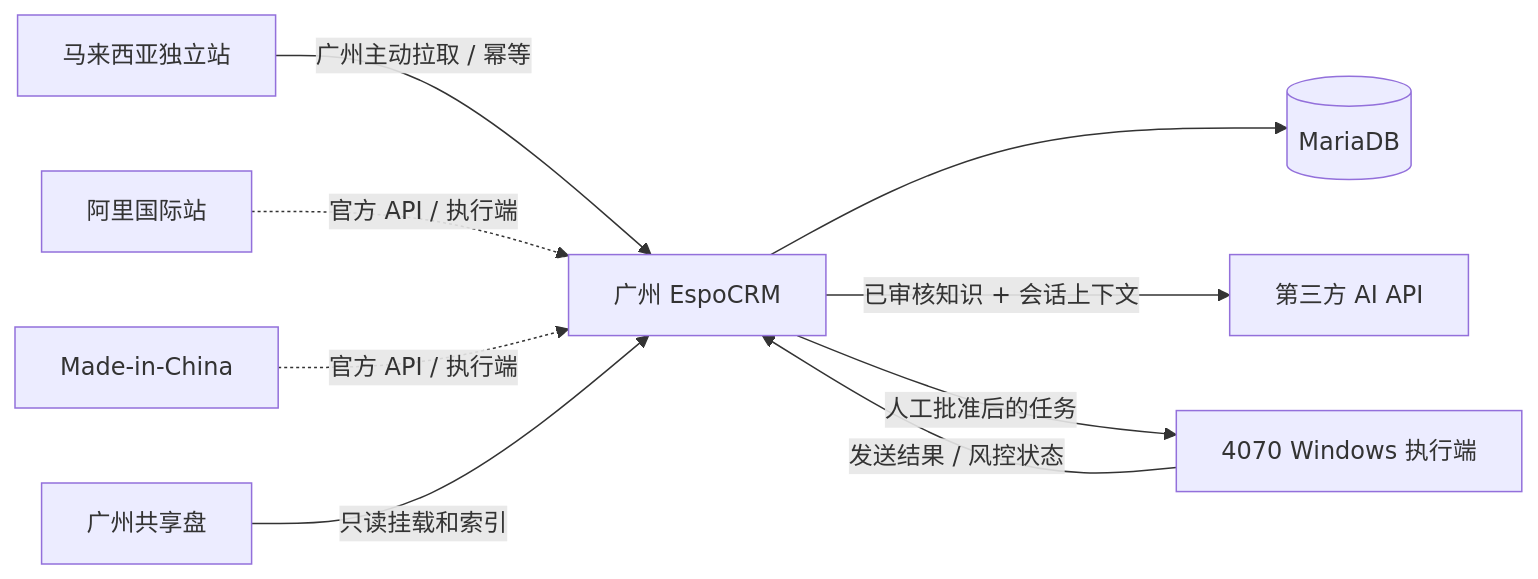
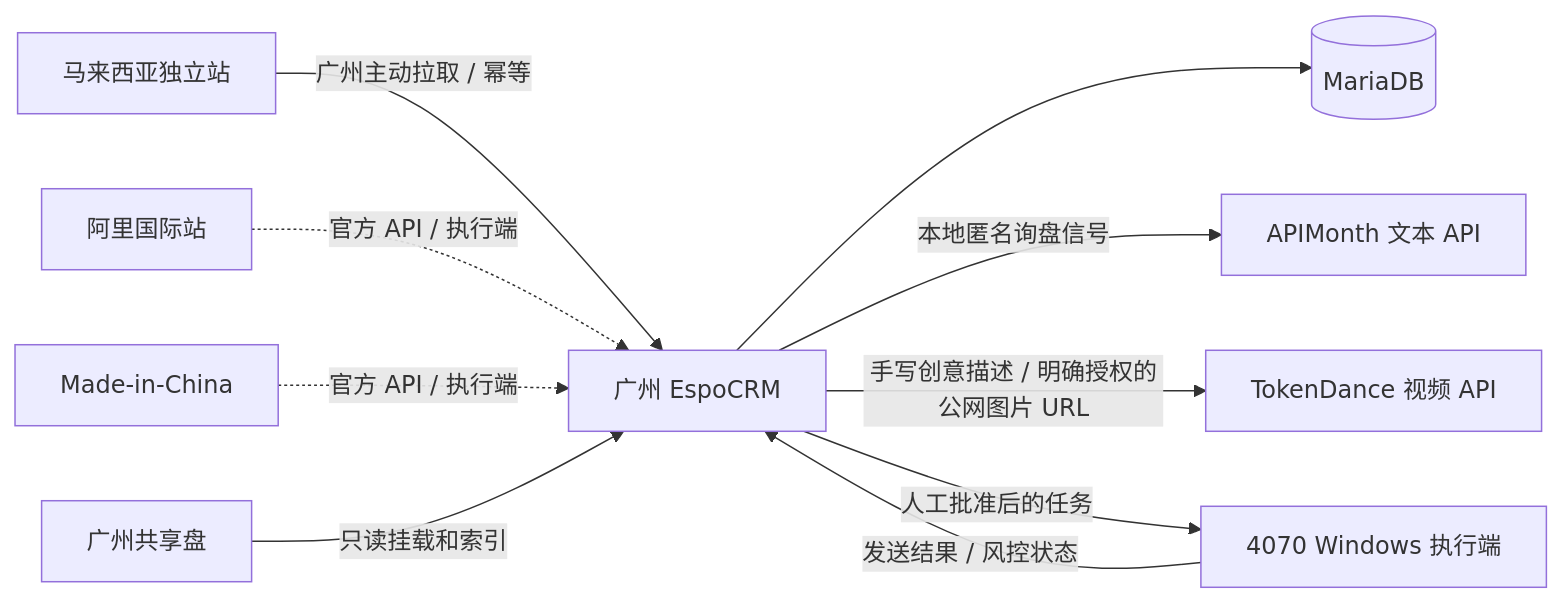
One commit to hanmin6/fsh changed the diagram in README.md. Above: the diagram before and after it, drawn with Mermaid. The commit also changed other lines of this file and 4 other files, not shown here.

````diff
--- a/README.md
+++ b/README.md
@@ -15,11 +15,12 @@
 ```mermaid
 flowchart LR
   MY[马来西亚独立站] -->|广州主动拉取 / 幂等| CRM[广州 EspoCRM]
   ALI[阿里国际站] -. 官方 API / 执行端 .-> CRM
   MIC[Made-in-China] -. 官方 API / 执行端 .-> CRM
   CRM --> DB[(MariaDB)]
   SHARE[广州共享盘] -->|只读挂载和索引| CRM
-  CRM -->|已审核知识 + 会话上下文| AI[第三方 AI API]
+  CRM -->|本地匿名询盘信号| AI[APIMonth 文本 API]
+  CRM -->|手写创意描述 / 明确授权的公网图片 URL| VIDEO[TokenDance 视频 API]
   CRM -->|人工批准后的任务| AGENT[4070 Windows 执行端]
   AGENT -->|发送结果 / 风控状态| CRM
 ```
````
